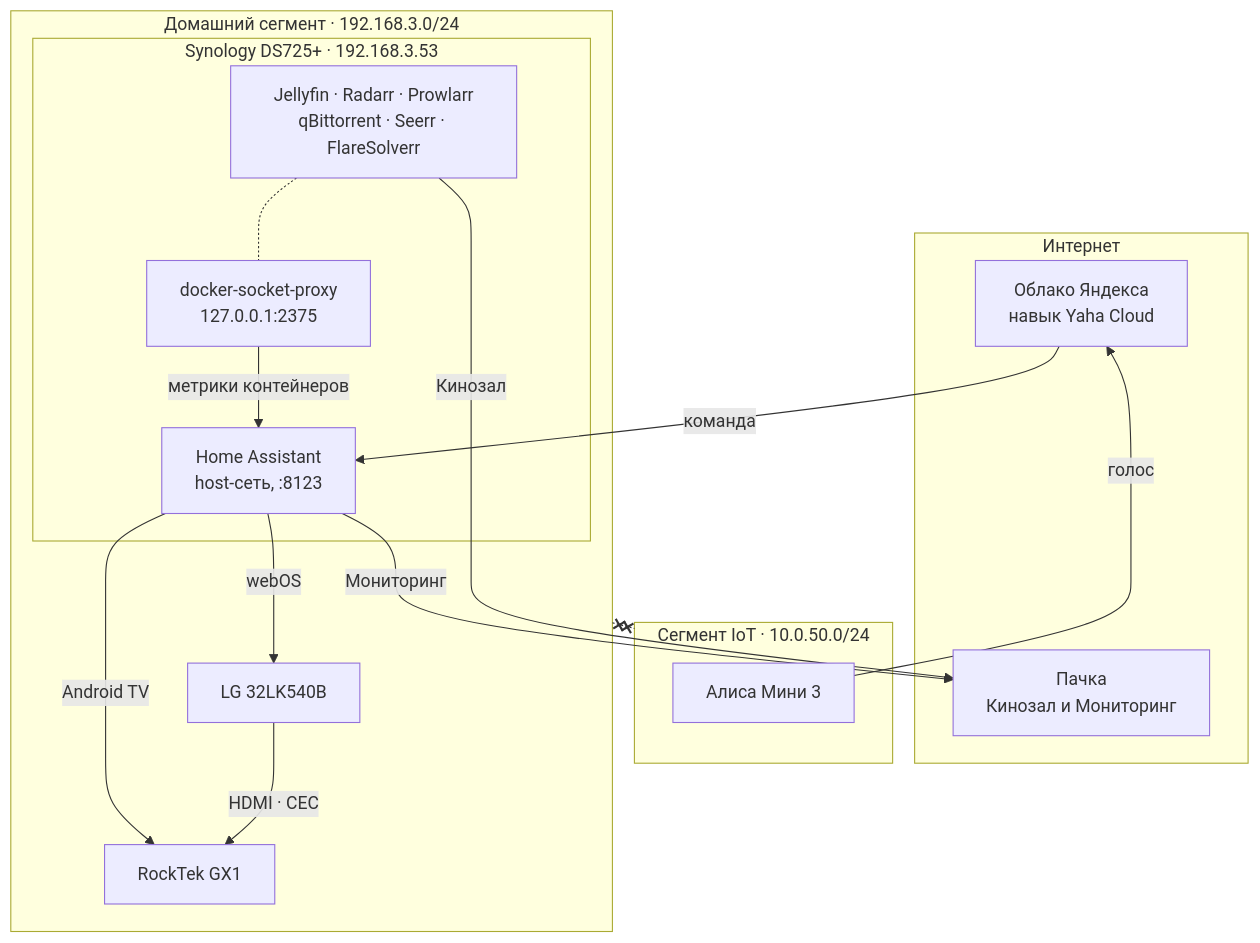
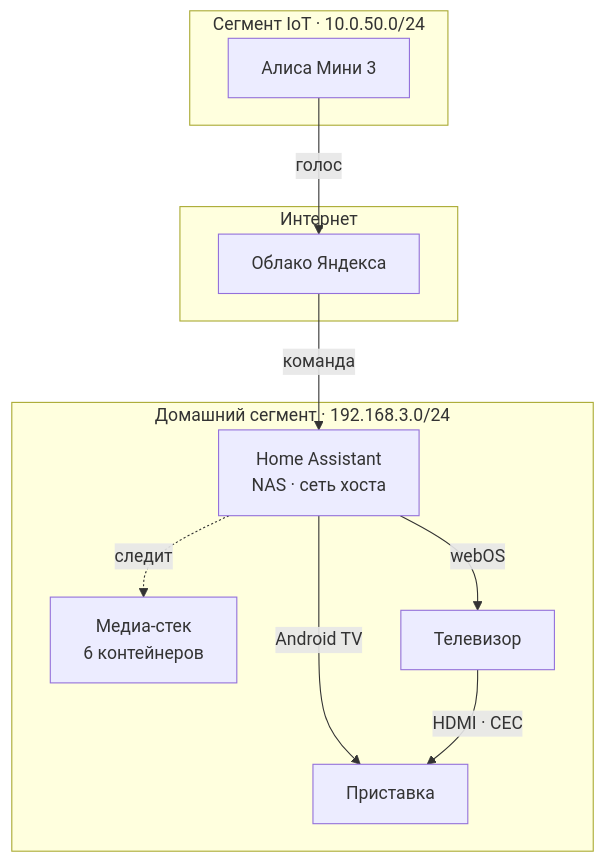
The diagram in README.md (hhypest/hh-homelab), drawn with Mermaid before and after one commit. The commit also changed other lines of this file and 3 other files, not shown here.

````diff
--- a/README.md
+++ b/README.md
@@ -74,33 +74,22 @@
 ```mermaid
 flowchart TB
-    subgraph cloud [Интернет]
-        YA[Облако Яндекса<br/>навык Yaha Cloud]
-        PA[Пачка<br/>Кинозал и Мониторинг]
-    end
-
     subgraph iot [Сегмент IoT · 10.0.50.0/24]
         AL[Алиса Мини 3]
     end
-
+    subgraph net [Интернет]
+        YA[Облако Яндекса]
+    end
     subgraph home [Домашний сегмент · 192.168.3.0/24]
-        subgraph nas [Synology DS725+ · 192.168.3.53]
-            HA[Home Assistant<br/>host-сеть, :8123]
-            DP[docker-socket-proxy<br/>127.0.0.1:2375]
-            ST[Jellyfin · Radarr · Prowlarr<br/>qBittorrent · Seerr · FlareSolverr]
-        end
-        TV[LG 32LK540B]
-        GX[RockTek GX1]
+        HA[Home Assistant<br/>NAS · сеть хоста]
+        ST[Медиа-стек<br/>6 контейнеров]
+        TV[Телевизор]
+        GX[Приставка]
     end
 
     AL -- голос --> YA
     YA -- команда --> HA
-    HA -- Мониторинг --> PA
-    ST -- Кинозал --> PA
+    HA -. следит .-> ST
     HA -- webOS --> TV
     HA -- Android TV --> GX
     TV -- HDMI · CEC --> GX
-    DP -- метрики контейнеров --> HA
-    ST -.- DP
-
-    home x-.-x iot
 ```
````
